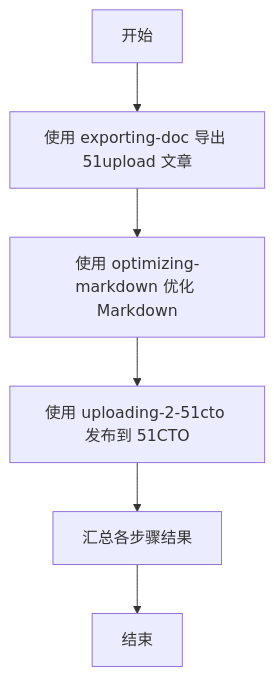
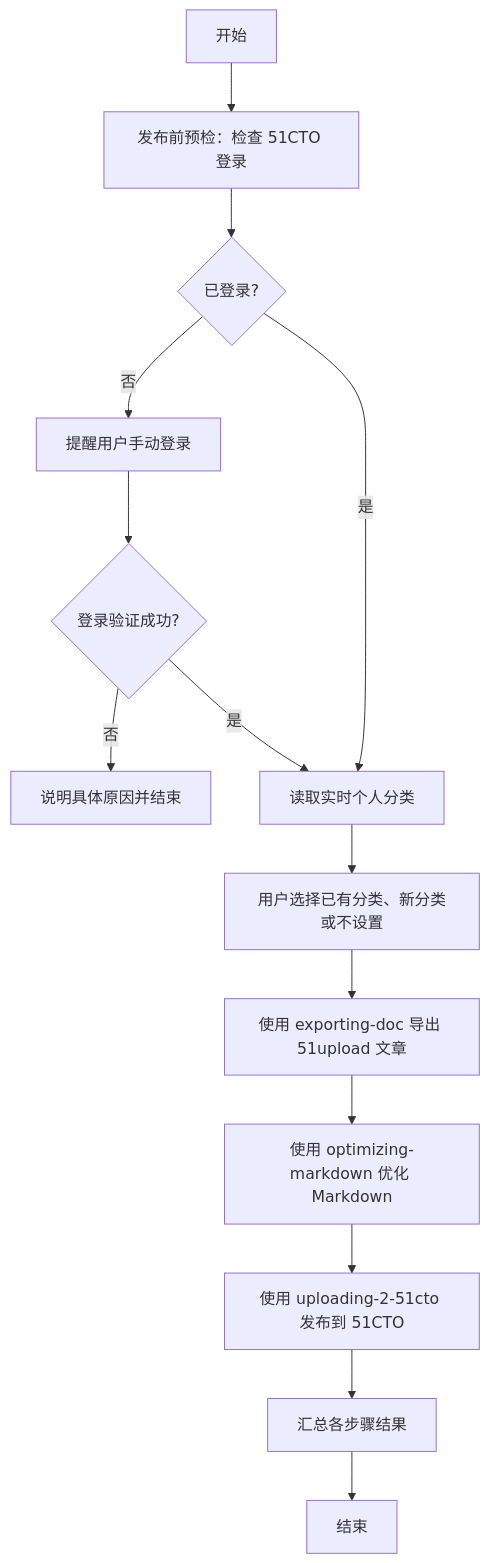
The first of 4 diagrams in docs/README.md (blacklc/AutoDocUpdater), drawn with Mermaid before and after one commit. The commit also changed other lines of this file and 6 other files, not shown here.

````diff
--- a/docs/README.md
+++ b/docs/README.md
@@ -7,8 +7,16 @@
 ```mermaid
 flowchart TD
-    A[开始] --> B[使用 exporting-doc 导出 51upload 文章]
+    A[开始] --> P[发布前预检：检查 51CTO 登录]
+    P --> P1{已登录?}
+    P1 -- 否 --> P2[提醒用户手动登录]
+    P2 --> P3{登录验证成功?}
+    P3 -- 否 --> P4[说明具体原因并结束]
+    P3 -- 是 --> P5[读取实时个人分类]
+    P1 -- 是 --> P5
+    P5 --> P6[用户选择已有分类、新分类或不设置]
+    P6 --> B[使用 exporting-doc 导出 51upload 文章]
     B --> C[使用 optimizing-markdown 优化 Markdown]
     C --> D[使用 uploading-2-51cto 发布到 51CTO]
     D --> E[汇总各步骤结果]
     E --> F[结束]
 ```
````
